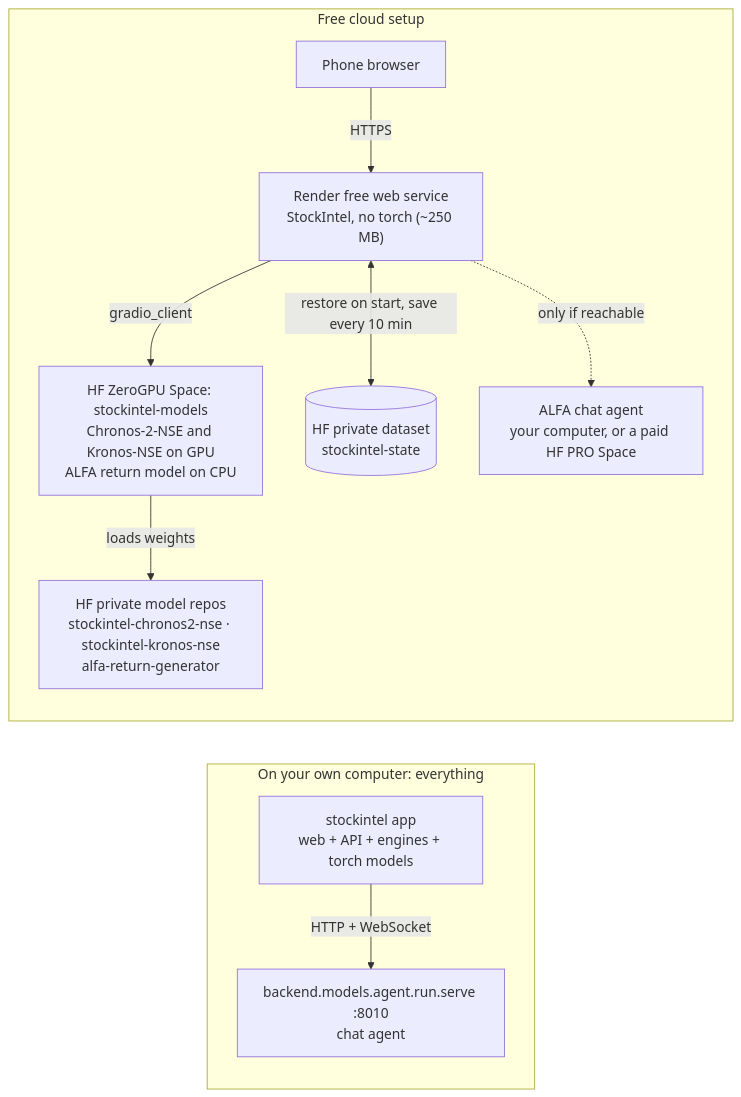
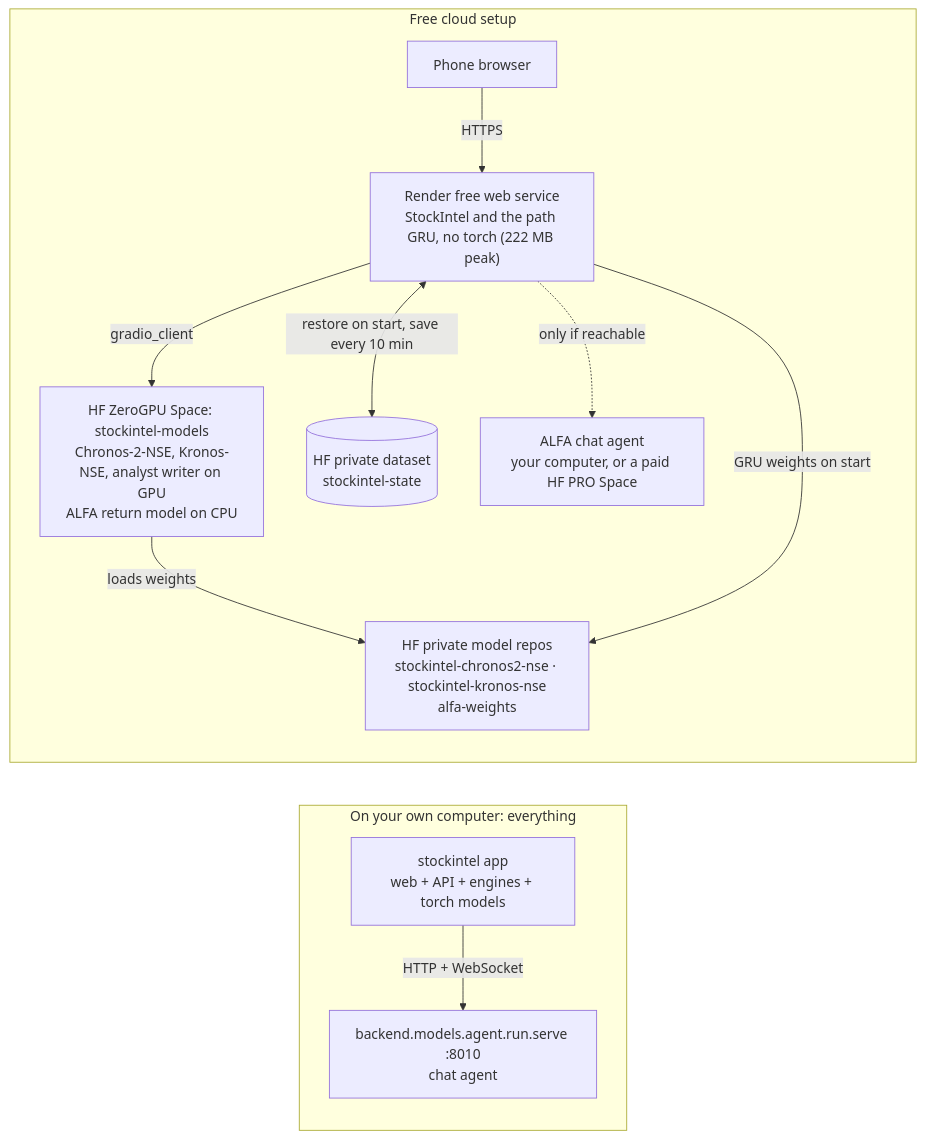
The first of 4 diagrams in docs/ARCHITECTURE.md (Kapurrrishabh/ALFA-Adaptive-Learning-Framework-for-Agents), drawn with Mermaid before and after one commit. The commit also changed 13 other files, not shown here.

First line of the commit message:
Deploy the merged project: GRU on Render, ALFA's return model and the analyst writer on the ZeroGPU Space

````diff
--- a/docs/ARCHITECTURE.md
+++ b/docs/ARCHITECTURE.md
@@ -18,15 +18,16 @@
 ```mermaid
 flowchart LR
   subgraph L["On your own computer: everything"]
     L1["stockintel app<br/>web + API + engines + torch models"]
     L2["backend.models.agent.run.serve :8010<br/>chat agent"]
     L1 -- "HTTP + WebSocket" --> L2
   end
   subgraph R["Free cloud setup"]
-    PH["Phone browser"] -- HTTPS --> RD["Render free web service<br/>StockIntel, no torch (~250 MB)"]
-    RD -- "gradio_client" --> SP["HF ZeroGPU Space: stockintel-models<br/>Chronos-2-NSE and Kronos-NSE on GPU<br/>ALFA return model on CPU"]
-    SP -- "loads weights" --> MR["HF private model repos<br/>stockintel-chronos2-nse · stockintel-kronos-nse<br/>alfa-return-generator"]
+    PH["Phone browser"] -- HTTPS --> RD["Render free web service<br/>StockIntel and the path GRU, no torch (222 MB peak)"]
+    RD -- "gradio_client" --> SP["HF ZeroGPU Space: stockintel-models<br/>Chronos-2-NSE, Kronos-NSE, analyst writer on GPU<br/>ALFA return model on CPU"]
+    SP -- "loads weights" --> MR["HF private model repos<br/>stockintel-chronos2-nse · stockintel-kronos-nse<br/>alfa-weights"]
+    RD -- "GRU weights on start" --> MR
     RD <-- "restore on start, save every 10 min" --> DS[("HF private dataset<br/>stockintel-state")]
     RD -. "only if reachable" .-> AG["ALFA chat agent<br/>your computer, or a paid HF PRO Space"]
   end
 ```
````
